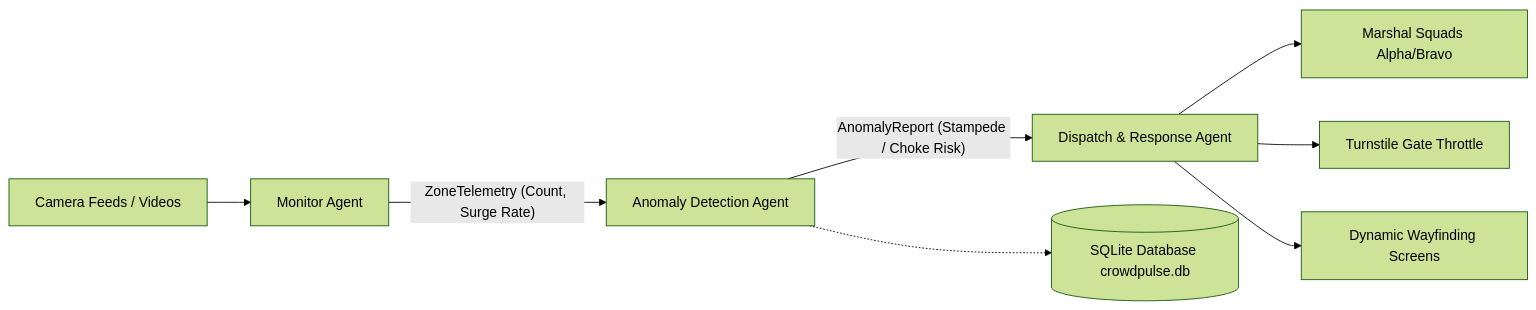
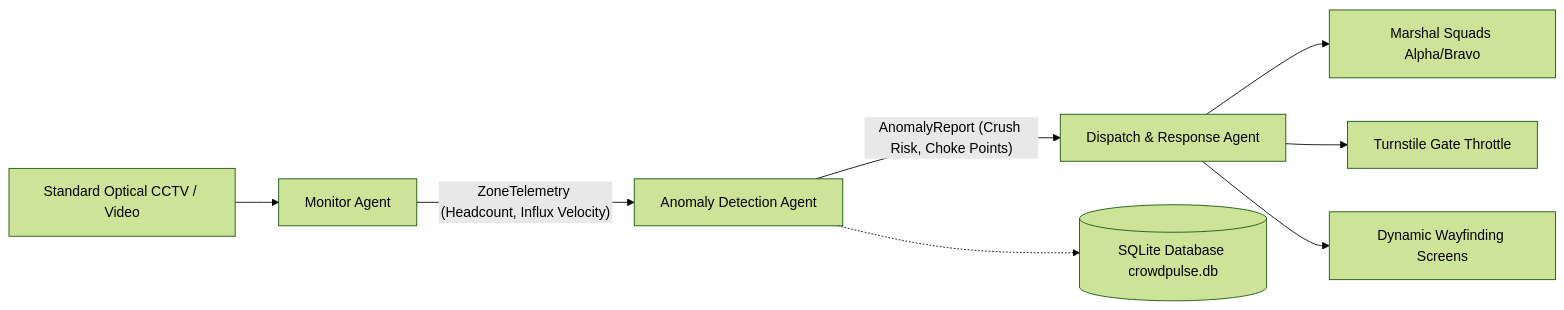
One commit to YeswanthKumarDadibathini/CrowdPulseYOLO_model changed the diagram in README.md. Above: the diagram before and after it, drawn with Mermaid (forest theme). The commit also changed other lines of this file and 7 other files, not shown here.

Commit message:
Replace thermal detection with Optical CCTV Proximity Crush Graph & enhance headcount accuracy with High-Density Sliced Inference

````diff
--- a/README.md
+++ b/README.md
@@ -30,10 +36,10 @@
 ```mermaid
 flowchart LR
-    A["Camera Feeds / Videos"] --> B["Monitor Agent"]
-    B -->|"ZoneTelemetry (Count, Surge Rate)"| C["Anomaly Detection Agent"]
-    C -->|"AnomalyReport (Stampede / Choke Risk)"| D["Dispatch & Response Agent"]
+    A["Standard Optical CCTV / Video"] --> B["Monitor Agent"]
+    B -->|"ZoneTelemetry (Headcount, Influx Velocity)"| C["Anomaly Detection Agent"]
+    C -->|"AnomalyReport (Crush Risk, Choke Points)"| D["Dispatch & Response Agent"]
     D --> E["Marshal Squads Alpha/Bravo"]
     D --> F["Turnstile Gate Throttle"]
     D --> G["Dynamic Wayfinding Screens"]
     C -.-> H[("SQLite Database crowdpulse.db")]
 ```
````
